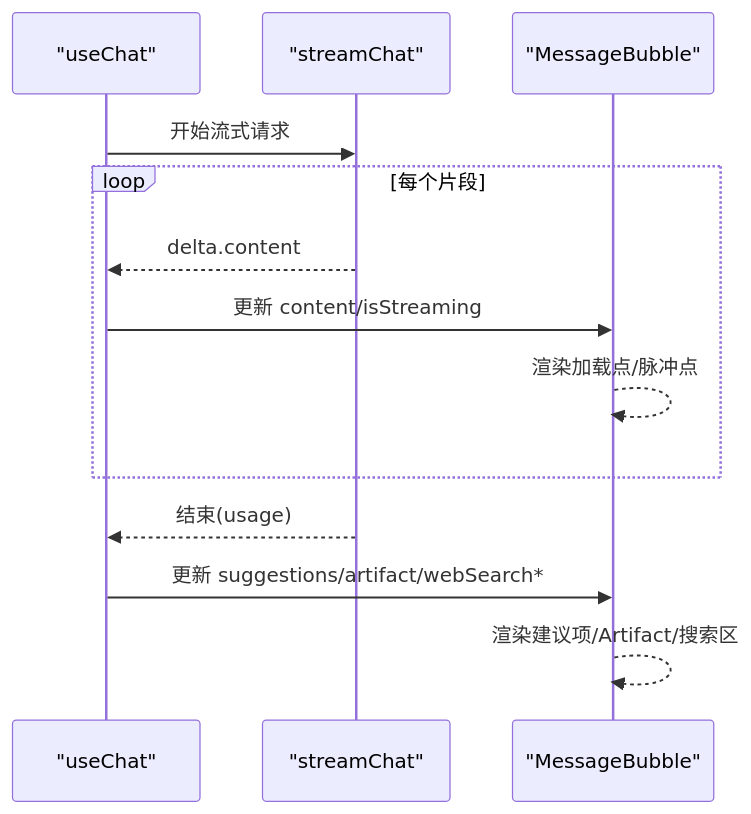
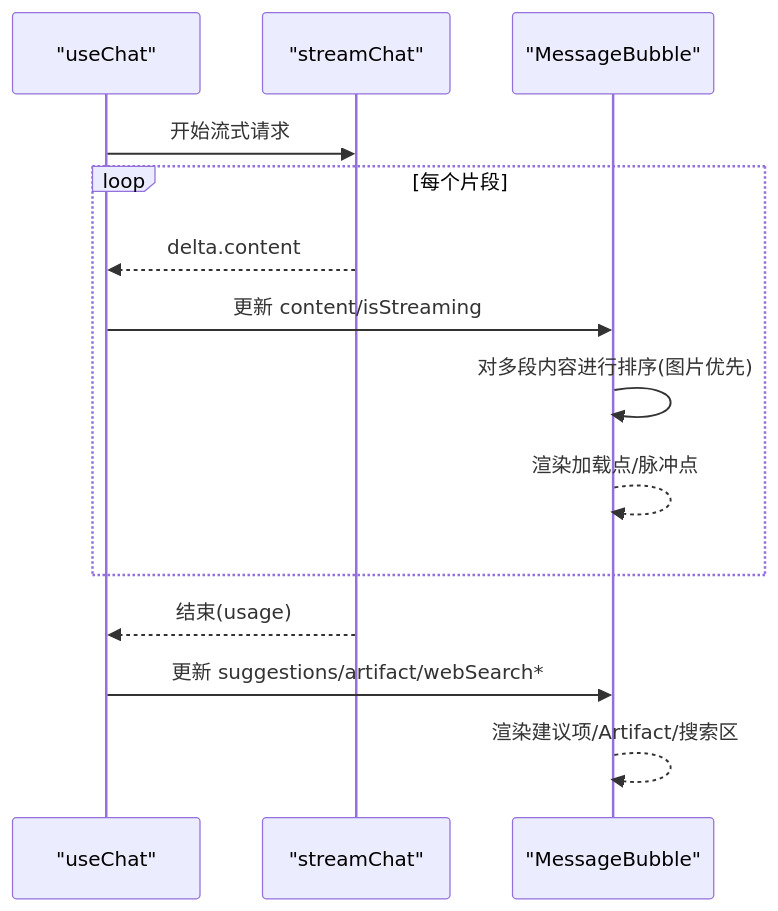
The fourth of 5 diagrams in .qoder/repowiki/zh/content/聊天模块/消息气泡组件.md (billye220670/AIShop), drawn with Mermaid before and after one commit. The commit also changed other lines of this file and 149 other files, not shown here.

````diff
--- a/.qoder/repowiki/zh/content/聊天模块/消息气泡组件.md
+++ b/.qoder/repowiki/zh/content/聊天模块/消息气泡组件.md
@@ -167,15 +191,16 @@
 ```mermaid
 sequenceDiagram
 participant UC as "useChat"
 participant API as "streamChat"
 participant MB as "MessageBubble"
 UC->>API : 开始流式请求
 loop 每个片段
 API-->>UC : delta.content
 UC->>MB : 更新 content/isStreaming
+MB->>MB : 对多段内容进行排序(图片优先)
 MB-->>MB : 渲染加载点/脉冲点
 end
 API-->>UC : 结束(usage)
 UC->>MB : 更新 suggestions/artifact/webSearch*
 MB-->>MB : 渲染建议项/Artifact/搜索区
 ```
````
